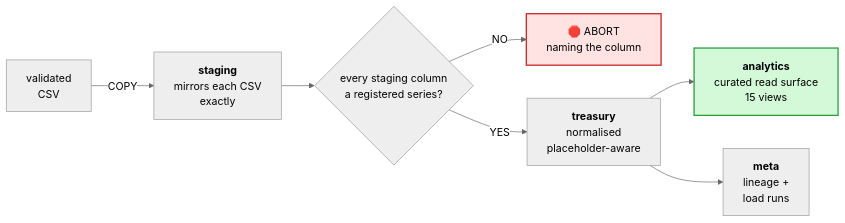
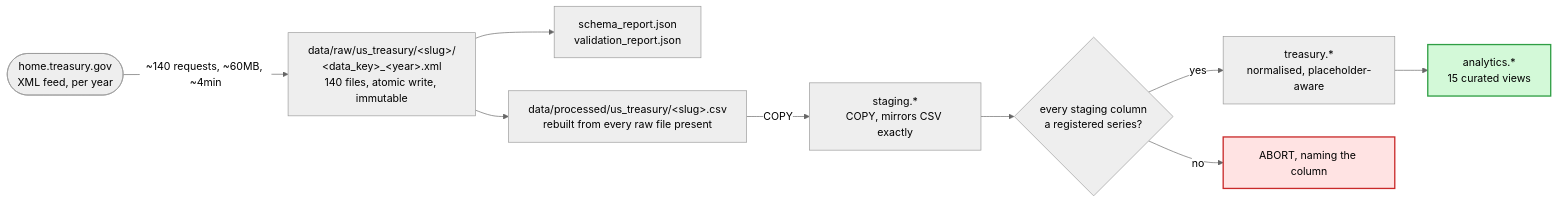
One commit to KrishnaAnnavaram/semantic-mcp-data-access-gateway changed the seventh of 19 diagrams in README.md. Above: the diagram before and after it, drawn with Mermaid (neutral theme). The commit also changed other lines of this file, not shown here.

First line of the commit message:
docs: rewrite README as the full architecture reference

````diff
--- a/README.md
+++ b/README.md
@@ -248,14 +807,25 @@
 ```mermaid
 flowchart LR
-    CSV["validated<br/>CSV"] -->|COPY| STG["<b>staging</b><br/>mirrors each CSV<br/>exactly"]
-    STG --> G{"every staging column<br/>a registered series?"}
-    G -->|"NO"| STOP["🛑 ABORT<br/>naming the column"]
-    G -->|"YES"| CORE["<b>treasury</b><br/>normalised<br/>placeholder-aware"]
-    CORE --> ANA["<b>analytics</b><br/>curated read surface<br/>15 views"]
-    CORE --> META["<b>meta</b><br/>lineage +<br/>load runs"]
+    T(["home.treasury.gov\nXML feed, per year"])
+    RAW["data/raw/us_treasury/&lt;slug&gt;/\n&lt;data_key&gt;_&lt;year&gt;.xml\n140 files, atomic write, immutable"]
+    VAL["schema_report.json\nvalidation_report.json"]
+    CSV["data/processed/us_treasury/&lt;slug&gt;.csv\nrebuilt from every raw file present"]
+    STG["staging.*\nCOPY, mirrors CSV exactly"]
+    GUARD{"every staging column\na registered series?"}
+    CORE["treasury.*\nnormalised, placeholder-aware"]
+    ANA["analytics.*\n15 curated views"]
+
+    T -->|"~140 requests, ~60MB, ~4min"| RAW
+    RAW --> VAL
+    RAW --> CSV
+    CSV -->|COPY| STG
+    STG --> GUARD
+    GUARD -->|no| STOP["ABORT, naming the column"]
+    GUARD -->|yes| CORE
+    CORE --> ANA
 
     classDef bad fill:#ffe3e3,stroke:#c92a2a,stroke-width:2px,color:#000
     classDef good fill:#d3f9d8,stroke:#2f9e44,stroke-width:2px,color:#000
     class STOP bad
     class ANA good
 ```
````
